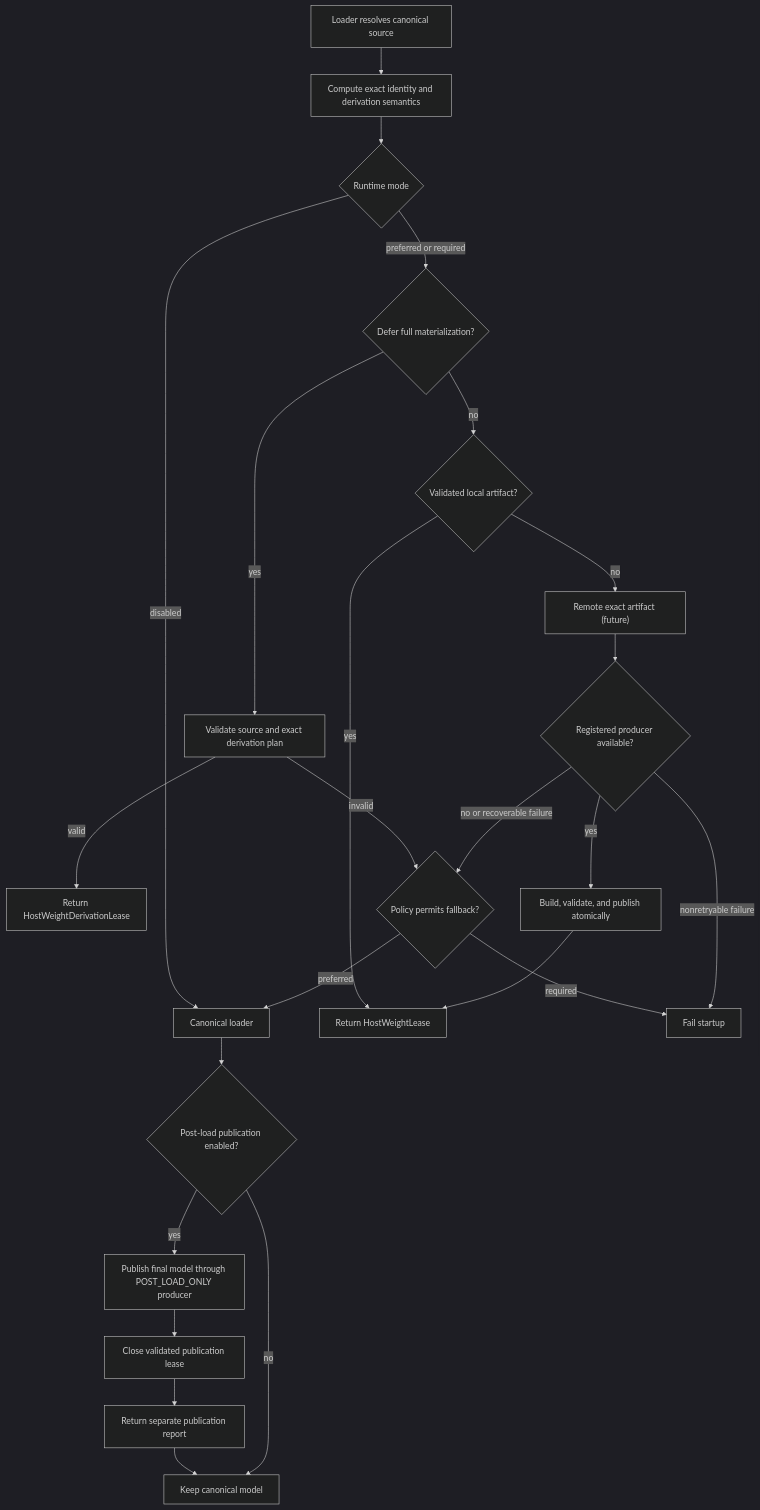
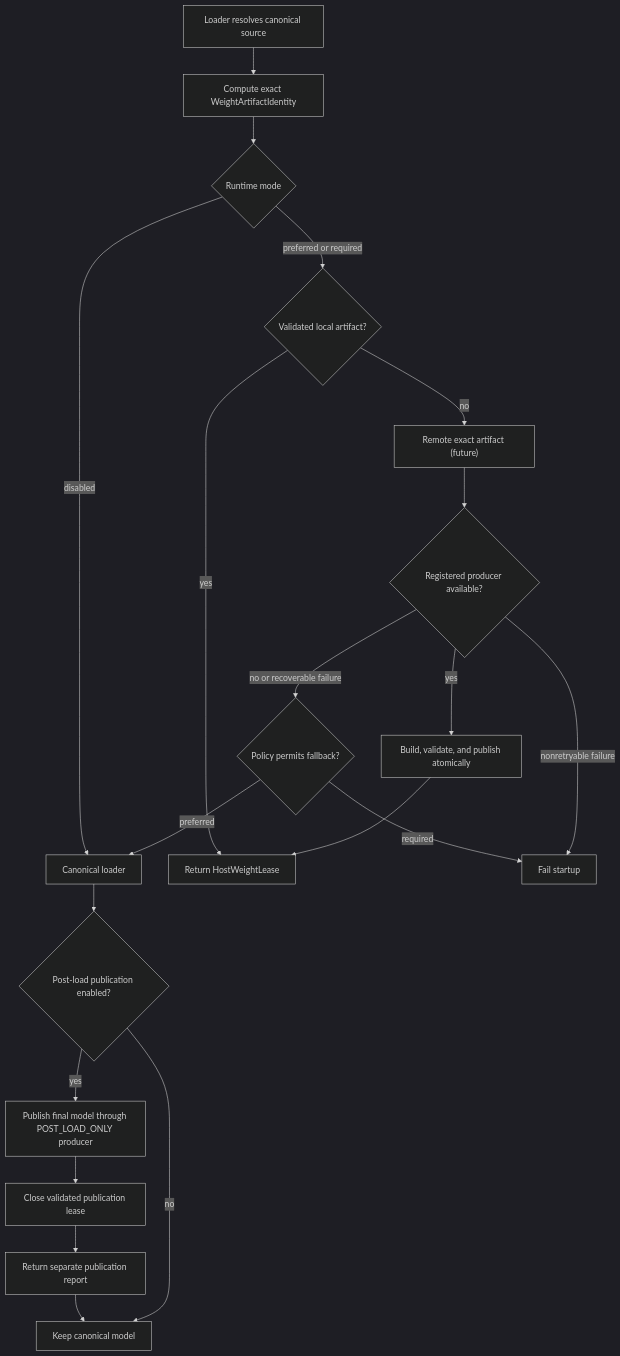
Before and after one commit to baonudesifeizhai/vllm-omni: the first of 2 diagrams in docs/design/feature/host_weight_runtime.md, drawn with Mermaid (dark theme). The commit also changed other lines of this file and 15 other files, not shown here.

````diff
--- a/docs/design/feature/host_weight_runtime.md
+++ b/docs/design/feature/host_weight_runtime.md
@@ -79,26 +78,22 @@
 ```mermaid
 flowchart TD
-    L["Loader resolves canonical source"] --> I["Compute exact identity and derivation semantics"]
+    L["Loader resolves canonical source"] --> I["Compute exact WeightArtifactIdentity"]
     I --> M{"Runtime mode"}
     M -->|"disabled"| C["Canonical loader"]
-    M -->|"preferred or required"| SD{"Defer full materialization?"}
-    SD -->|"yes"| V["Validate source and exact derivation plan"]
-    V -->|"valid"| DL["Return HostWeightDerivationLease"]
-    V -->|"invalid"| F
-    SD -->|"no"| A{"Validated local artifact?"}
+    M -->|"preferred or required"| A{"Validated local artifact?"}
     A -->|"yes"| R["Return HostWeightLease"]
     A -->|"no"| X["Remote exact artifact (future)"]
     X --> P{"Registered producer available?"}
     P -->|"yes"| B["Build, validate, and publish atomically"]
     B --> R
     P -->|"no or recoverable failure"| F{"Policy permits fallback?"}
     F -->|"preferred"| C
     F -->|"required"| E["Fail startup"]
     P -->|"nonretryable failure"| E
     C --> W{"Post-load publication enabled?"}
     W -->|"yes"| B2["Publish final model through POST_LOAD_ONLY producer"]
     B2 --> CL["Close validated publication lease"]
     CL --> R2["Return separate publication report"]
-    R2 --> K
-    W -->|"no"| K["Keep canonical model"]
+    R2 --> D
+    W -->|"no"| D["Keep canonical model"]
 ```
````
